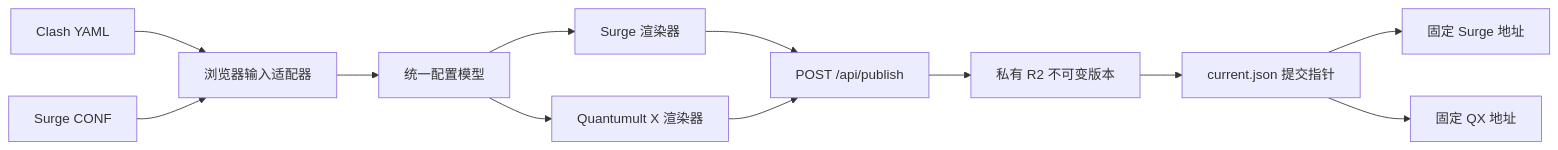
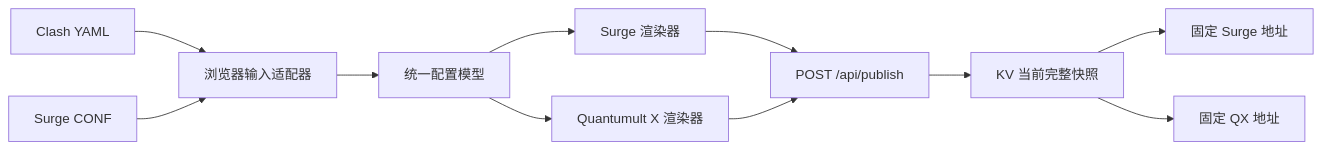
Before and after one commit to niyangup/proxy-profile-service: the diagram in doc/handoff.md, drawn with Mermaid. The commit also changed other lines of this file and 11 other files, not shown here.

````diff
--- a/doc/handoff.md
+++ b/doc/handoff.md
@@ -63,14 +63,13 @@
 ```mermaid
 flowchart LR
   A[Clash YAML] --> C[浏览器输入适配器]
   B[Surge CONF] --> C
   C --> D[统一配置模型]
   D --> E[Surge 渲染器]
   D --> F[Quantumult X 渲染器]
   E --> G[POST /api/publish]
   F --> G
-  G --> H[私有 R2 不可变版本]
-  H --> I[current.json 提交指针]
-  I --> J[固定 Surge 地址]
-  I --> K[固定 QX 地址]
+  G --> H[KV 当前完整快照]
+  H --> J[固定 Surge 地址]
+  H --> K[固定 QX 地址]
 ```
````
